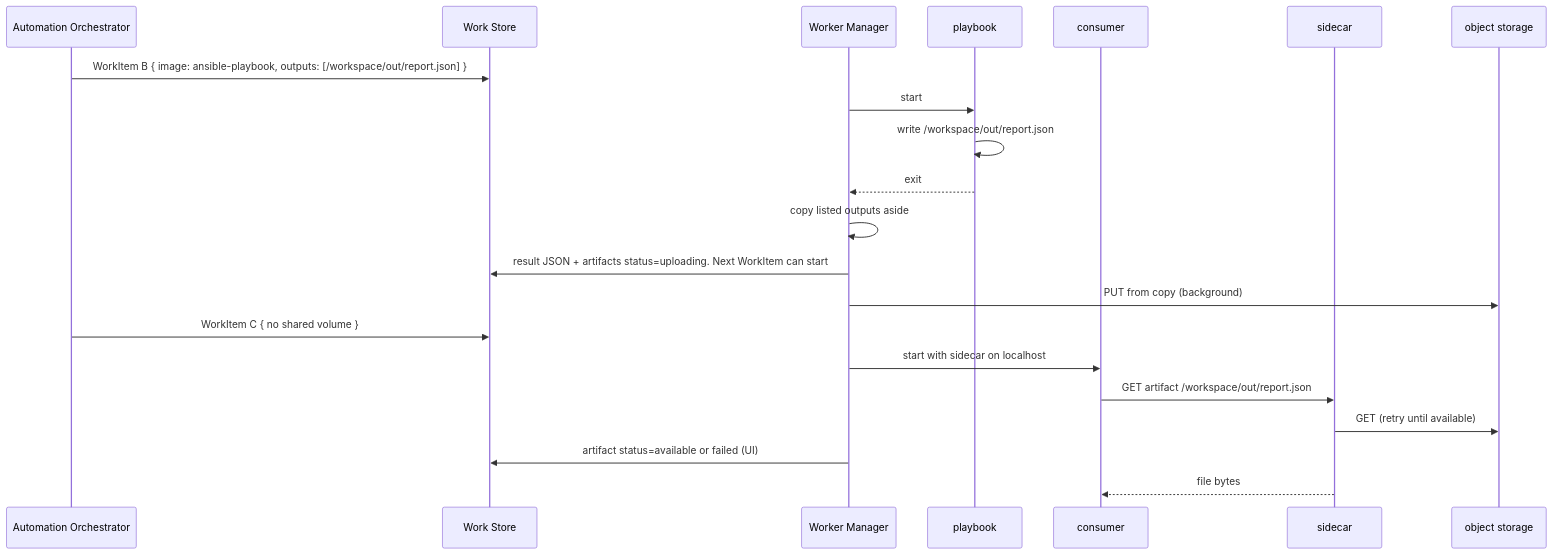
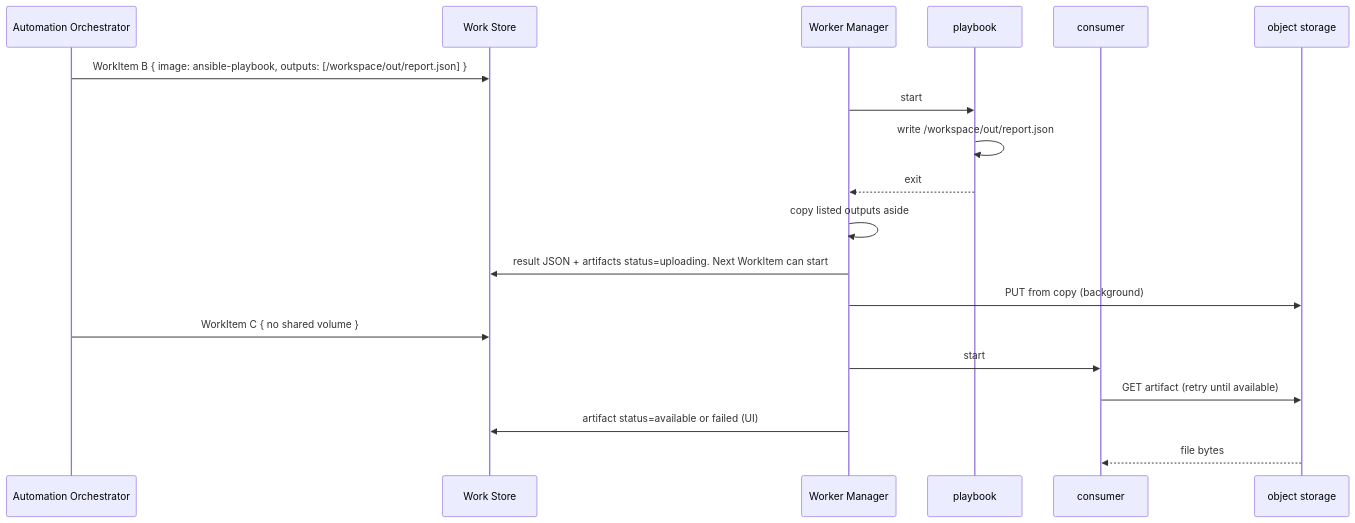
One commit to goneri/syntara-execution-plane changed the diagram in docs/collect-of-workitem-execution-results.md. Above: the diagram before and after it, drawn with Mermaid. The commit also changed other lines of this file and 3 other files, not shown here.

````diff
--- a/docs/collect-of-workitem-execution-results.md
+++ b/docs/collect-of-workitem-execution-results.md
@@ -195,25 +188,23 @@
 ```mermaid
 sequenceDiagram
     participant AO as Automation Orchestrator
     participant WS as Work Store
     participant WM as Worker Manager
     participant Play as playbook
     participant Cons as consumer
-    participant Side as sidecar
     participant S3 as object storage
 
     AO->>WS: WorkItem B { image: ansible-playbook, outputs: [/workspace/out/report.json] }
     WM->>Play: start
     Play->>Play: write /workspace/out/report.json
     Play-->>WM: exit
     WM->>WM: copy listed outputs aside
     WM->>WS: result JSON + artifacts status=uploading. Next WorkItem can start
     WM->>S3: PUT from copy (background)
 
     AO->>WS: WorkItem C { no shared volume }
-    WM->>Cons: start with sidecar on localhost
-    Cons->>Side: GET artifact /workspace/out/report.json
-    Side->>S3: GET (retry until available)
+    WM->>Cons: start
+    Cons->>S3: GET artifact (retry until available)
     WM->>WS: artifact status=available or failed (UI)
-    Side-->>Cons: file bytes
+    S3-->>Cons: file bytes
 ```
````
